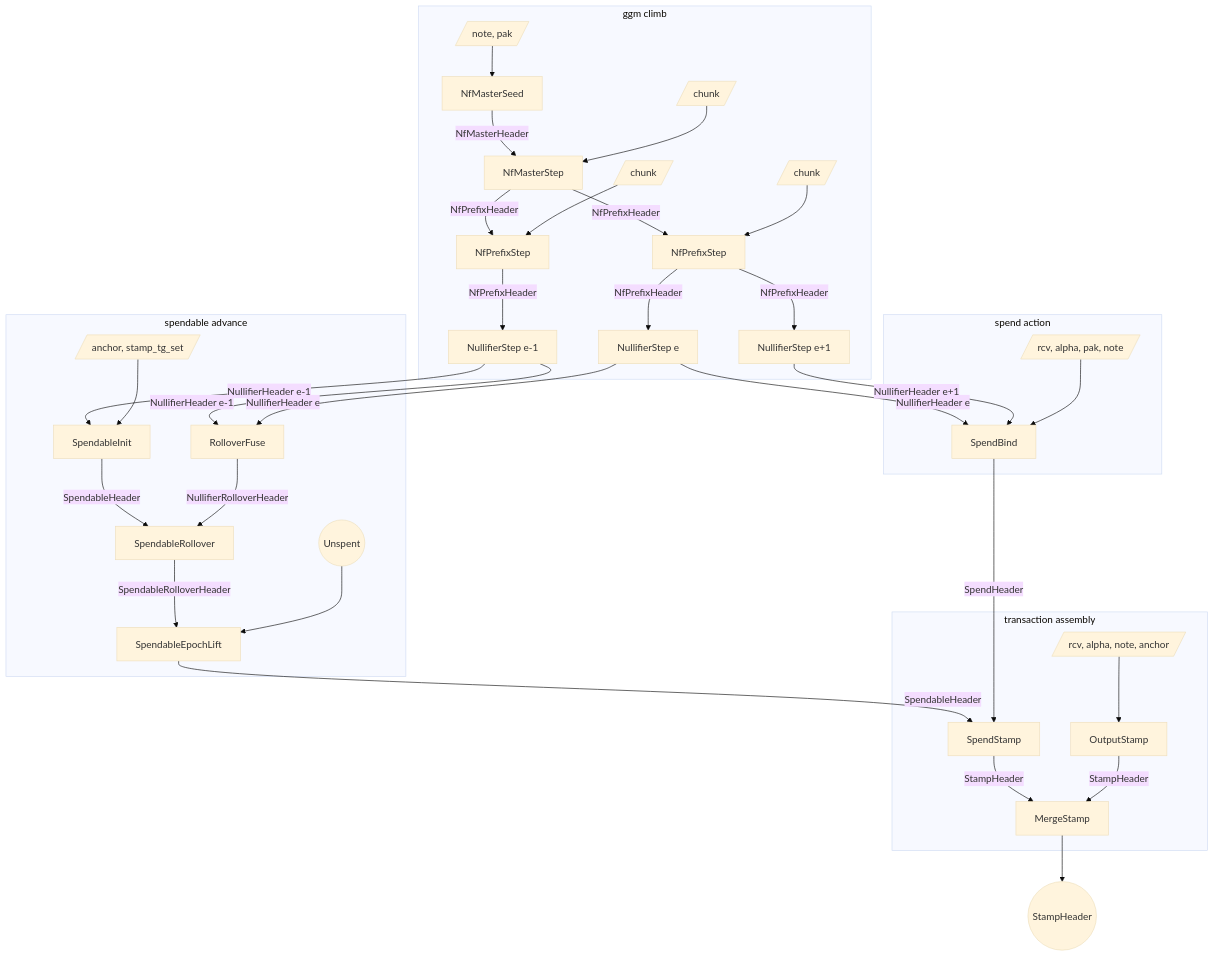
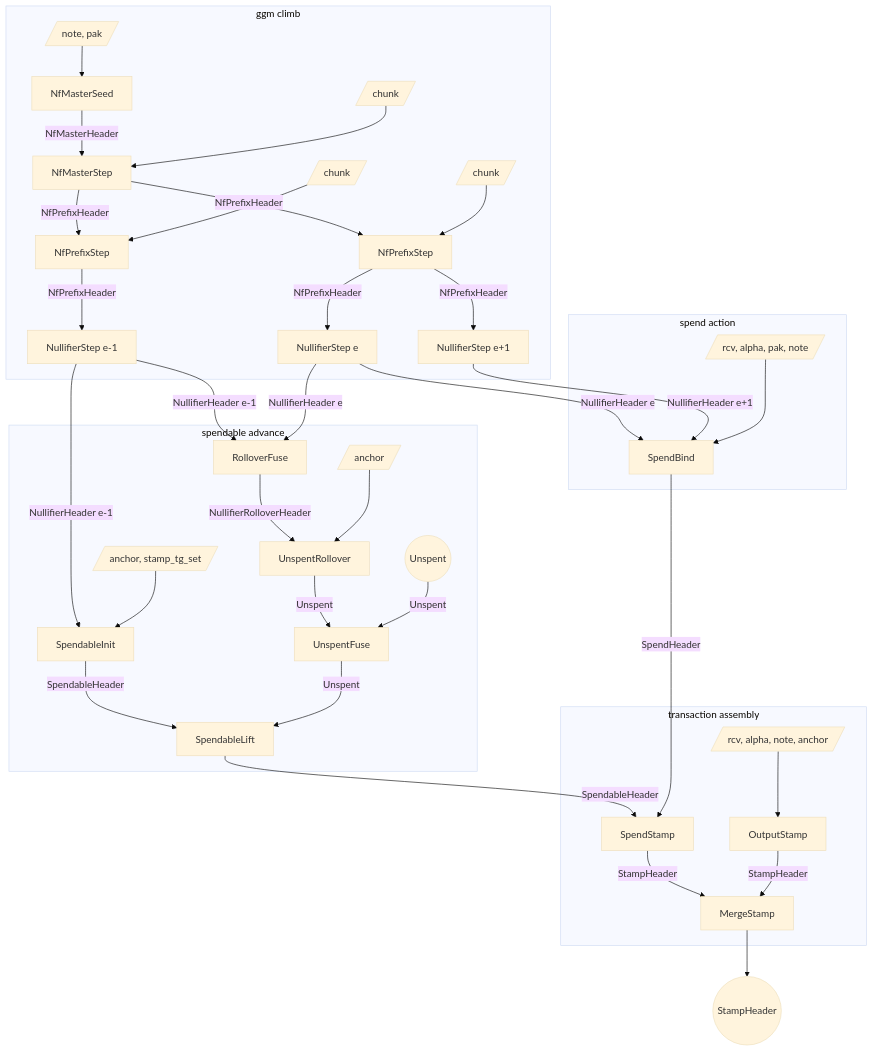
The first of 5 diagrams in book/src/proof-tree.md (tachyon-zcash/tachyon), drawn with Mermaid (base theme) before and after one commit. The commit also changed other lines of this file and 8 other files, not shown here.

Commit message:
cross-epoch unspent

````diff
--- a/book/src/proof-tree.md
+++ b/book/src/proof-tree.md
@@ -151,73 +152,77 @@
 ```mermaid
 flowchart TB
   subgraph ggm [ggm climb]
     w_master[/note, pak/]
     s_master[NfMasterSeed]
     w_chunk_m[/chunk/]
     s_first_m[NfMasterStep]
     w_chunk_old[/chunk/]
     s_prefix_old[NfPrefixStep]
     s_leaf_old[NullifierStep e-1]
     w_chunk_p[/chunk/]
     s_prefix[NfPrefixStep]
     s_leaf_now[NullifierStep e]
     s_leaf_next[NullifierStep e+1]
   end
 
   subgraph spendable [spendable advance]
     w_init[/anchor, stamp_tg_set/]
     s_init[SpendableInit]
     s_rfuse[RolloverFuse]
-    s_rollover[SpendableRollover]
-    s_epochlift[SpendableEpochLift]
+    w_roll[/anchor/]
+    s_unspentroll[UnspentRollover]
+    u_fuse[UnspentFuse]
+    s_lift[SpendableLift]
     unspent_new((Unspent))
   end
 
   subgraph spend_action [spend action]
     w_spendbind[/rcv, alpha, pak, note/]
     s_spendbind[SpendBind]
   end
 
   subgraph merge [transaction assembly]
     s_spendstamp[SpendStamp]
 
     w_output[/rcv, alpha, note, anchor/]
     s_output[OutputStamp]
 
     s_merge[MergeStamp]
   end
 
   stamp_out((StampHeader))
 
   w_master --> s_master
   s_master -->|NfMasterHeader| s_first_m
   w_chunk_m --> s_first_m
   s_first_m -->|NfPrefixHeader| s_prefix_old
   w_chunk_old --> s_prefix_old
   s_prefix_old -->|NfPrefixHeader| s_leaf_old
   s_first_m -->|NfPrefixHeader| s_prefix
   w_chunk_p --> s_prefix
   s_prefix -->|NfPrefixHeader| s_leaf_now
   s_prefix -->|NfPrefixHeader| s_leaf_next
 
   s_leaf_old -->|NullifierHeader e-1| s_init
   w_init --> s_init
-  s_init -->|SpendableHeader| s_rollover
+  s_init -->|SpendableHeader| s_lift
 
   s_leaf_old -->|NullifierHeader e-1| s_rfuse
   s_leaf_now -->|NullifierHeader e| s_rfuse
-  s_rfuse -->|NullifierRolloverHeader| s_rollover
-  s_rollover -->|SpendableRolloverHeader| s_epochlift
-  unspent_new --> s_epochlift
-  s_epochlift -->|SpendableHeader| s_spendstamp
+  s_rfuse -->|NullifierRolloverHeader| s_unspentroll
+  w_roll --> s_unspentroll
+  s_unspentroll -->|Unspent| u_fuse
+  unspent_new -->|Unspent| u_fuse
+  u_fuse -->|Unspent| s_lift
+  s_lift -->|SpendableHeader| s_spendstamp
 
   s_leaf_now -->|NullifierHeader e| s_spendbind
   s_leaf_next -->|NullifierHeader e+1| s_spendbind
   w_spendbind --> s_spendbind
   s_spendbind -->|SpendHeader| s_spendstamp
 
   w_output --> s_output
   s_spendstamp -->|StampHeader| s_merge
   s_output -->|StampHeader| s_merge
   s_merge --> stamp_out
 ```
````
